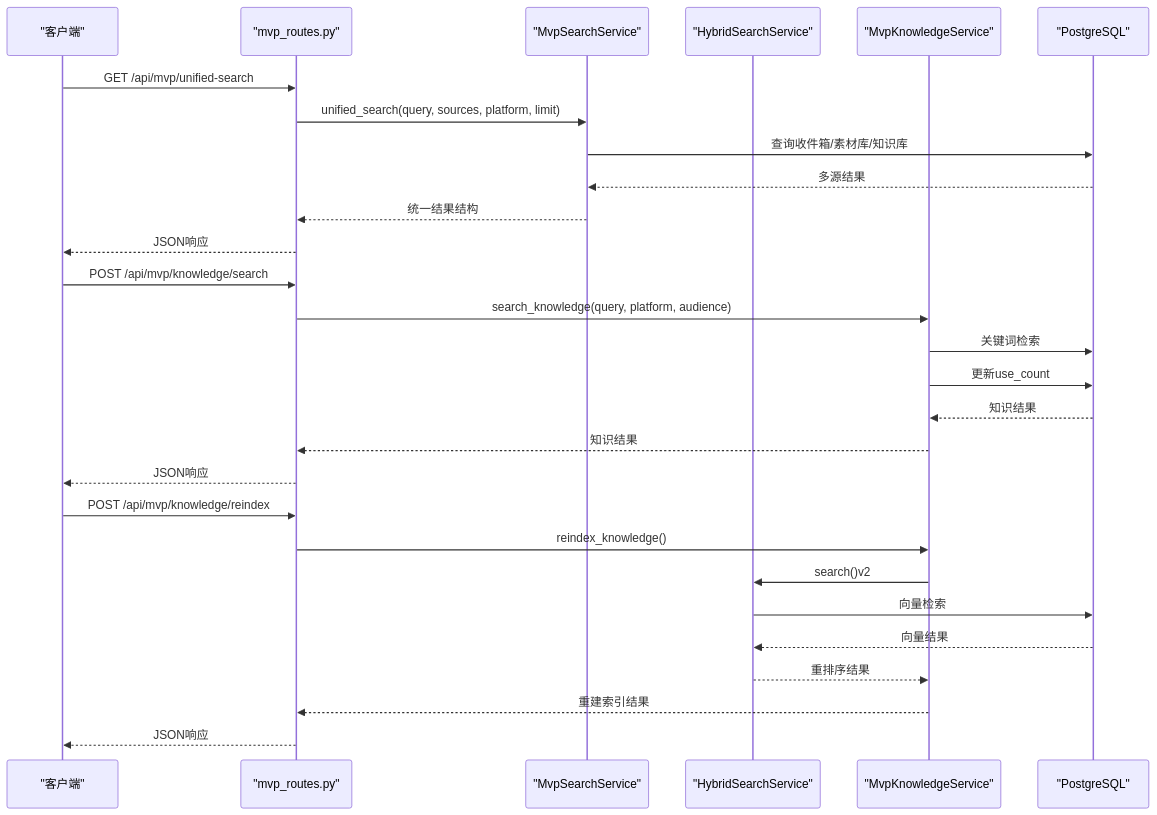
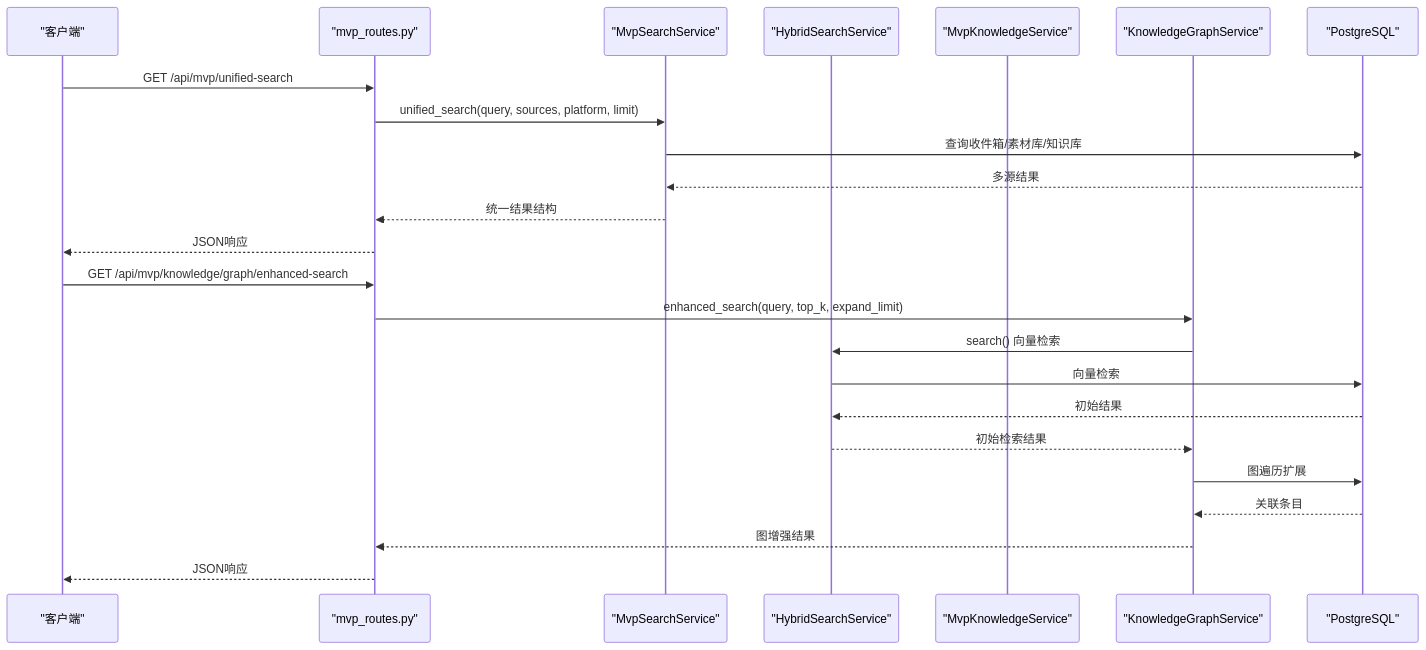
One commit to dream-ze/AI_huoke- changed the second of 9 diagrams in .qoder/repowiki/zh/content/AI内容处理系统/MVP搜索检索系统.md. Above: the diagram before and after it, drawn with Mermaid. The commit also changed other lines of this file and 220 other files, not shown here.

````diff
--- a/.qoder/repowiki/zh/content/AI内容处理系统/MVP搜索检索系统.md
+++ b/.qoder/repowiki/zh/content/AI内容处理系统/MVP搜索检索系统.md
@@ -83,30 +102,26 @@
 ```mermaid
 sequenceDiagram
 participant Client as "客户端"
 participant API as "mvp_routes.py"
 participant Search as "MvpSearchService"
 participant Hybrid as "HybridSearchService"
 participant Knowledge as "MvpKnowledgeService"
+participant Graph as "KnowledgeGraphService"
 participant DB as "PostgreSQL"
 Client->>API : GET /api/mvp/unified-search
 API->>Search : unified_search(query, sources, platform, limit)
 Search->>DB : 查询收件箱/素材库/知识库
 DB-->>Search : 多源结果
 Search-->>API : 统一结果结构
 API-->>Client : JSON响应
-Client->>API : POST /api/mvp/knowledge/search
-API->>Knowledge : search_knowledge(query, platform, audience)
-Knowledge->>DB : 关键词检索
-Knowledge->>DB : 更新use_count
-DB-->>Knowledge : 知识结果
-Knowledge-->>API : 知识结果
-API-->>Client : JSON响应
-Client->>API : POST /api/mvp/knowledge/reindex
-API->>Knowledge : reindex_knowledge()
-Knowledge->>Hybrid : search()v2
+Client->>API : GET /api/mvp/knowledge/graph/enhanced-search
+API->>Graph : enhanced_search(query, top_k, expand_limit)
+Graph->>Hybrid : search() 向量检索
 Hybrid->>DB : 向量检索
-DB-->>Hybrid : 向量结果
-Hybrid-->>Knowledge : 重排序结果
-Knowledge-->>API : 重建索引结果
+DB-->>Hybrid : 初始结果
+Hybrid-->>Graph : 初始检索结果
+Graph->>DB : 图遍历扩展
+DB-->>Graph : 关联条目
+Graph-->>API : 图增强结果
 API-->>Client : JSON响应
 ```
````
